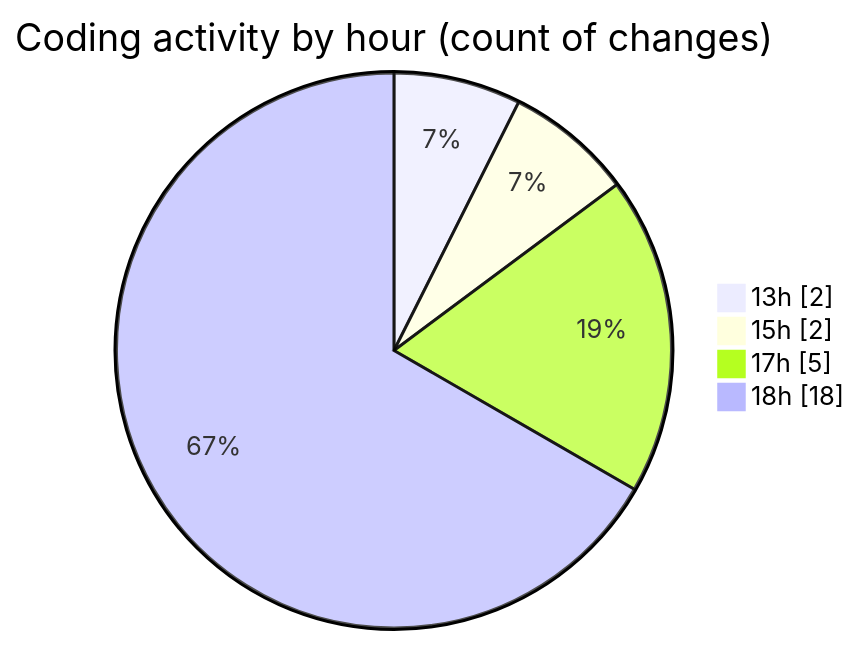
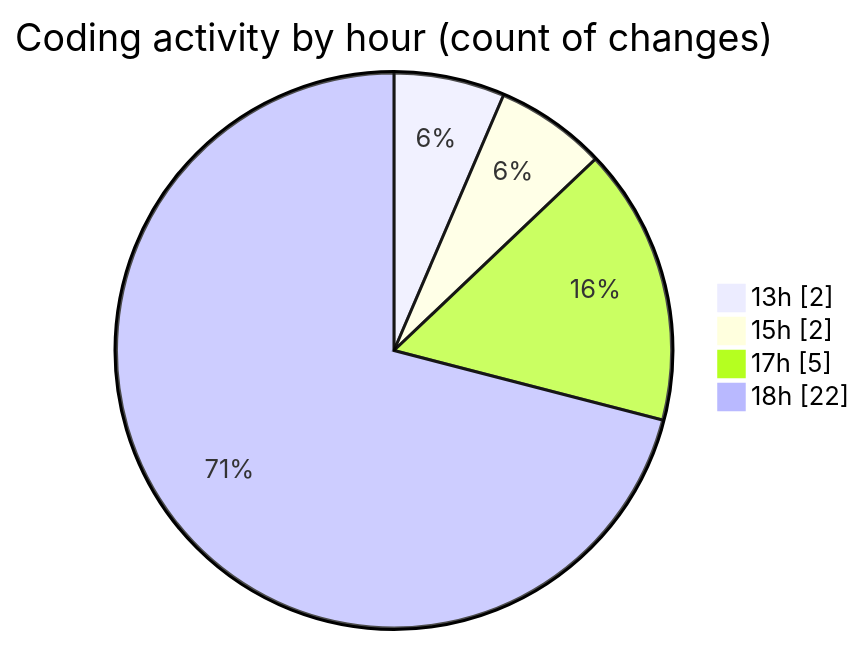
One commit to JenPaints/code-tracking changed the second of 2 diagrams in 2025-06-23/archive/README.md. Above: the diagram before and after it, drawn with Mermaid. The commit also changed other lines of this file and 1 other file, not shown here.

````diff
--- a/2025-06-23/archive/README.md
+++ b/2025-06-23/archive/README.md
@@ -38,8 +39,8 @@
 ```mermaid
 pie showData
 title Coding activity by hour (count of changes)
 "13h" : 2
 "15h" : 2
 "17h" : 5
-"18h" : 18
+"18h" : 22
 ```
````
